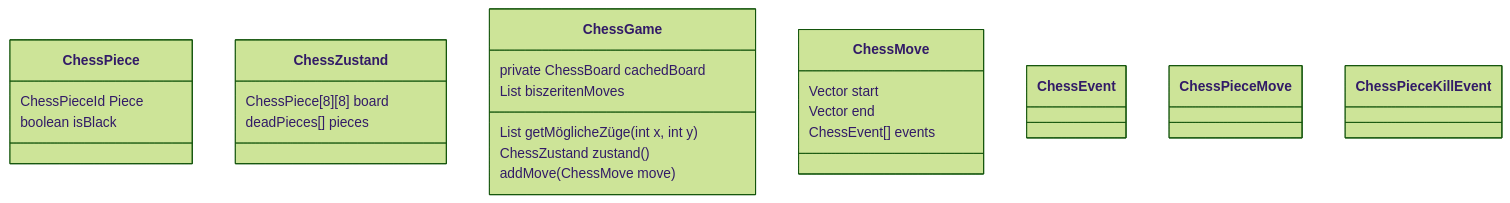
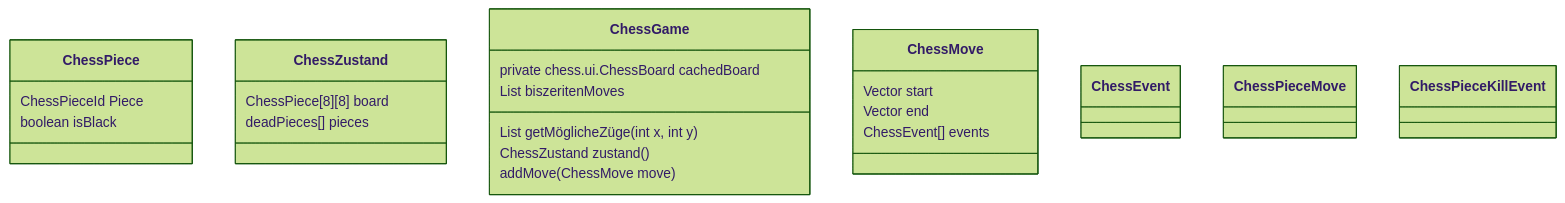
Before and after one commit to KundV/schach: the diagram in docs/Projektstruktur/schachlogik.md, drawn with Mermaid. The commit also changed 22 other files, not shown here.

````diff
--- a/docs/Projektstruktur/schachlogik.md
+++ b/docs/Projektstruktur/schachlogik.md
@@ -8,52 +8,52 @@
 ```mermaid
 %%{init: { 'theme': 'forest' } }%%
 classDiagram
     class ChessPiece {
         ChessPieceId Piece
         boolean isBlack
         
     }
 
     class ChessZustand {
         
         ChessPiece[8][8] board
         deadPieces[] pieces
     }
 
     class ChessGame {
         List getMöglicheZüge(int x, int y) 
 
         ChessZustand zustand()
 
         addMove(ChessMove move)
 
         
         
-        private ChessBoard cachedBoard
+        private chess.ui.ChessBoard cachedBoard
 
         List biszeritenMoves
     }
 
     class ChessMove {
         Vector start
         Vector end
 
         
         
         ChessEvent[] events
     }
 
     class ChessEvent {
 
     }
 
     class ChessPieceMove {
 
     }
 
     class ChessPieceKillEvent {
 
     }
 
     
 ```
````
